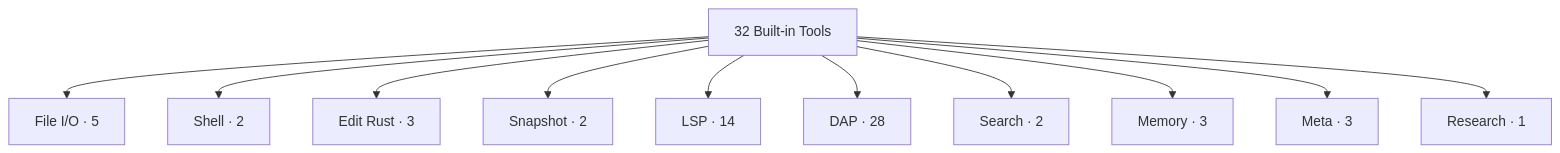
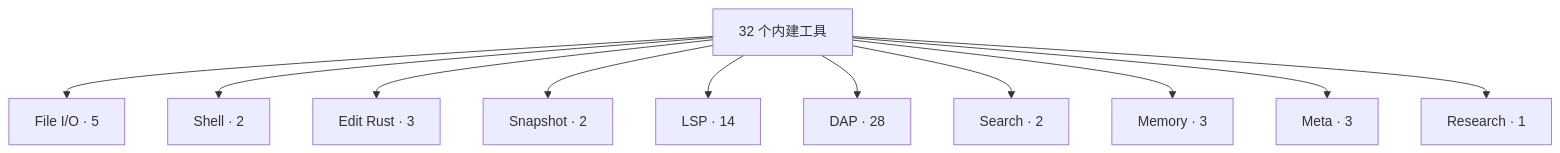
One commit to YeLuo45/oh-my-pi-design changed the diagram in docs-site/docs/09-tools.md. Above: the diagram before and after it, drawn with Mermaid. The commit also changed other lines of this file and 37 other files, not shown here.

````diff
--- a/docs-site/docs/09-tools.md
+++ b/docs-site/docs/09-tools.md
@@ -9,14 +9,14 @@
 ```mermaid
 graph TB
-  Tools[32 Built-in Tools]
+  Tools[32 个内建工具]
   Tools --> File[File I/O · 5]
   Tools --> Shell[Shell · 2]
   Tools --> Edit[Edit Rust · 3]
   Tools --> Snap[Snapshot · 2]
   Tools --> LSP[LSP · 14]
   Tools --> DAP[DAP · 28]
   Tools --> Search[Search · 2]
   Tools --> Memory[Memory · 3]
   Tools --> Meta[Meta · 3]
   Tools --> Research[Research · 1]
 ```
````
